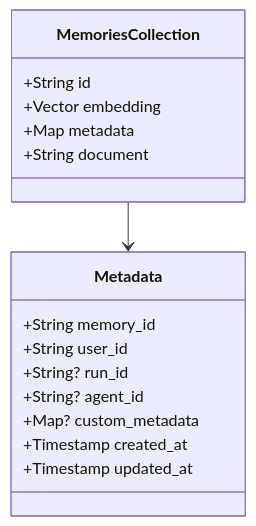
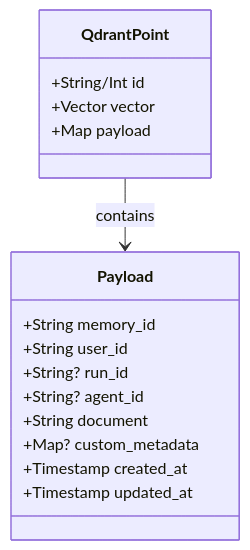
The sixth of 11 diagrams in dangeroo-mem0-mcp/docs/dangeroo-architecture.md (darrynv/dangeroo), drawn with Mermaid before and after one commit. The commit also changed other lines of this file and 7 other files, not shown here.

````diff
--- a/dangeroo-mem0-mcp/docs/dangeroo-architecture.md
+++ b/dangeroo-mem0-mcp/docs/dangeroo-architecture.md
@@ -220,21 +220,21 @@
 ```mermaid
 classDiagram
-    class MemoriesCollection {
-        +String id
-        +Vector embedding
-        +Map metadata
-        +String document
+    class QdrantPoint {
+        +String/Int id
+        +Vector vector
+        +Map payload
     }
 
-    class Metadata {
+    class Payload {
         +String memory_id
         +String user_id
         +String? run_id
         +String? agent_id
+        +String document
         +Map? custom_metadata
         +Timestamp created_at
         +Timestamp updated_at
     }
 
-    MemoriesCollection --> Metadata
+    QdrantPoint --> Payload : contains
 ```
````
